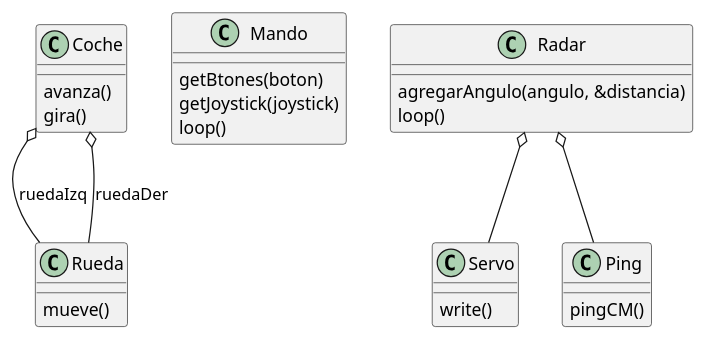
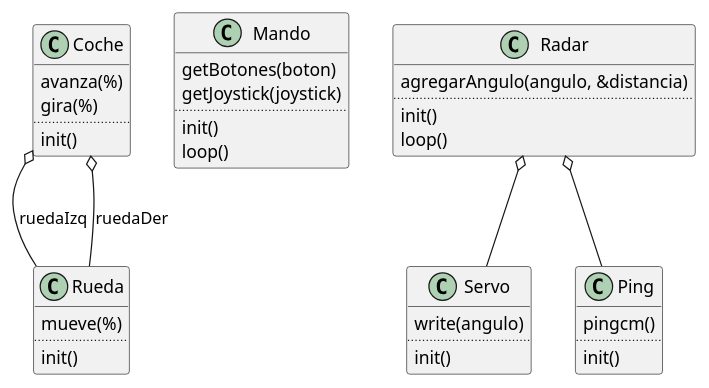
Before and after one commit to eccnil/arduinoCar: the diagram in clases.puml, drawn with PlantUML.

Commit message:
documentación

```diff
--- a/clases.puml
+++ b/clases.puml
@@ -1,30 +1,42 @@
 @startuml
 
 class Coche{
-    avanza()
-    gira()
+    avanza(%)
+    gira(%)
+    ..
+    init()
 }
 class Mando {
-    getBtones(boton)
+    getBotones(boton)
     getJoystick(joystick)
+    ..
+    init()
     loop()
 }
 class Radar{
     agregarAngulo(angulo, &distancia)
+    ..
+    init()
     loop()
 }
 class Servo{
-    write()
+    write(angulo)
+    ..
+    init()
 }
 class Ping{
-    pingCM()
+    pingcm()
+    ..
+    init()
 }
 class Rueda{
-    mueve()
+    mueve(%)
+    ..
+    init()
 }
 
 Coche o-- Rueda : ruedaIzq
 Coche o-- Rueda : ruedaDer
 Radar o-- Ping
 Radar o-- Servo
 @enduml
```
